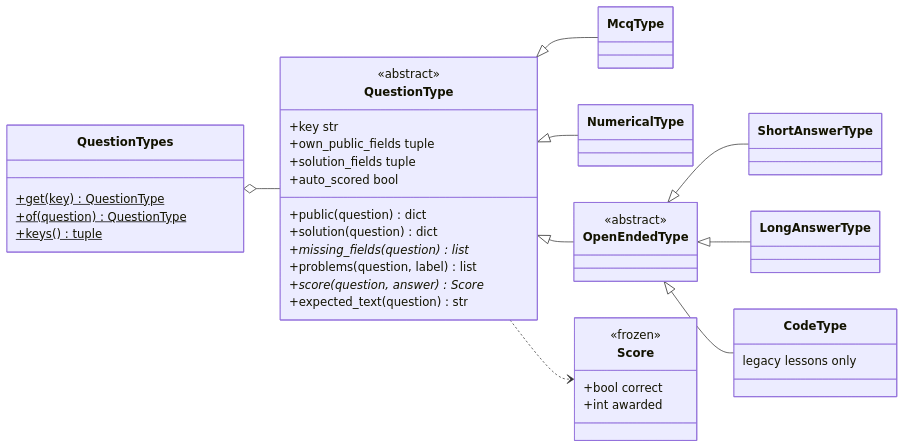
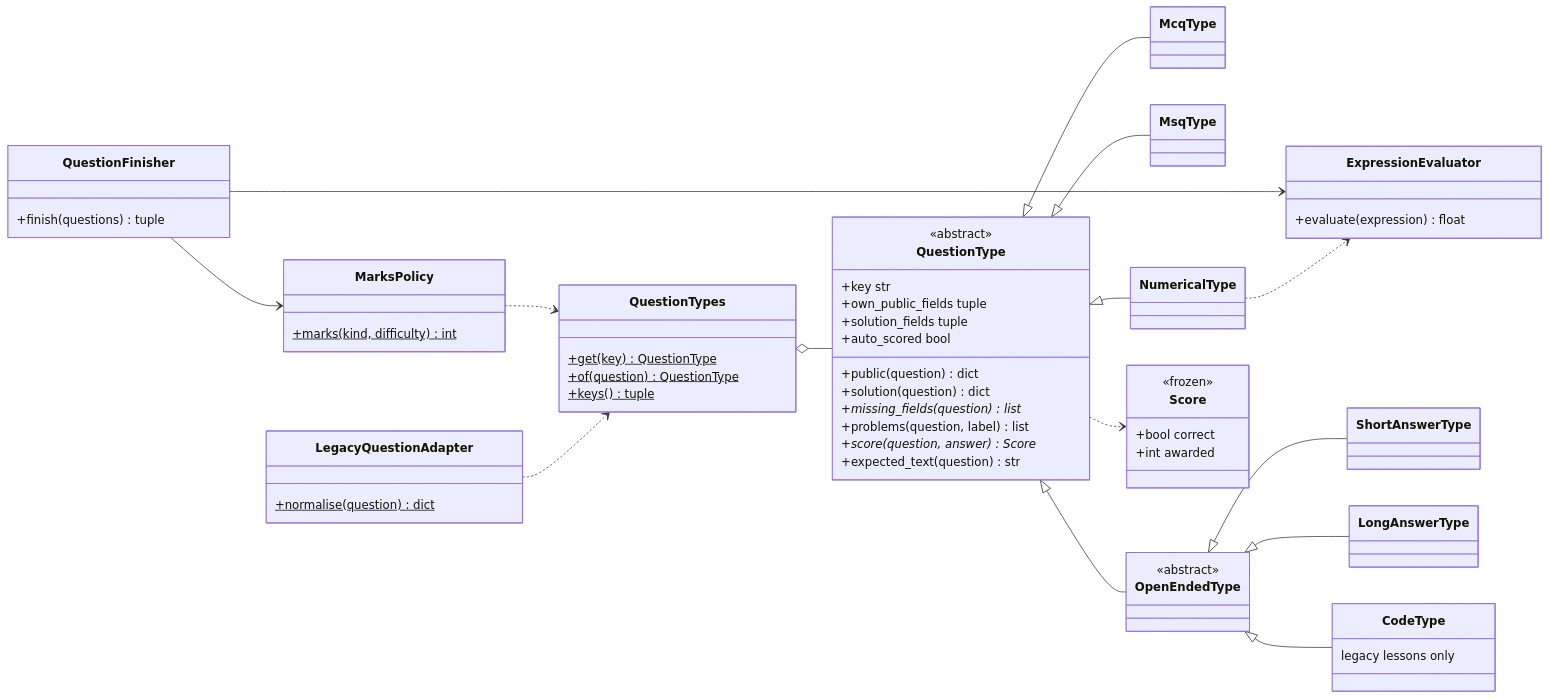
One commit to Satyamkumarjha4/Intelilearn changed diagram 11 of 22 in docs/architecture/design.md. Above: the diagram before and after it, drawn with Mermaid. The commit also changed other lines of this file and 66 other files, not shown here.

First line of the commit message:
feat(graph): five difficulties, level marker, marks policy, multiple-select, expressions and criteria

````diff
--- a/docs/architecture/design.md
+++ b/docs/architecture/design.md
@@ -1028,45 +1028,64 @@
 ```mermaid
 classDiagram
     direction LR
     class QuestionType {
         <<abstract>>
         +key str
         +own_public_fields tuple
         +solution_fields tuple
         +auto_scored bool
         +public(question) dict
         +solution(question) dict
         +missing_fields(question)* list
         +problems(question, label) list
         +score(question, answer)* Score
         +expected_text(question) str
     }
     class McqType
+    class MsqType
     class NumericalType
     class OpenEndedType {
         <<abstract>>
     }
     class ShortAnswerType
     class LongAnswerType
     class CodeType {
         legacy lessons only
+    }
+    class MarksPolicy {
+        +marks(kind, difficulty)$ int
+    }
+    class QuestionFinisher {
+        +finish(questions) tuple
+    }
+    class ExpressionEvaluator {
+        +evaluate(expression) float
+    }
+    class LegacyQuestionAdapter {
+        +normalise(question)$ dict
     }
     class Score {
         <<frozen>>
         +bool correct
         +int awarded
     }
     class QuestionTypes {
         +get(key)$ QuestionType
         +of(question)$ QuestionType
         +keys()$ tuple
     }
     QuestionType <|-- McqType
+    QuestionType <|-- MsqType
     QuestionType <|-- NumericalType
     QuestionType <|-- OpenEndedType
     OpenEndedType <|-- ShortAnswerType
     OpenEndedType <|-- LongAnswerType
     OpenEndedType <|-- CodeType
     QuestionTypes o-- QuestionType
     QuestionType ..> Score
+    MarksPolicy ..> QuestionTypes
+    QuestionFinisher --> MarksPolicy
+    QuestionFinisher --> ExpressionEvaluator
+    NumericalType ..> ExpressionEvaluator
+    LegacyQuestionAdapter ..> QuestionTypes
 ```
````
